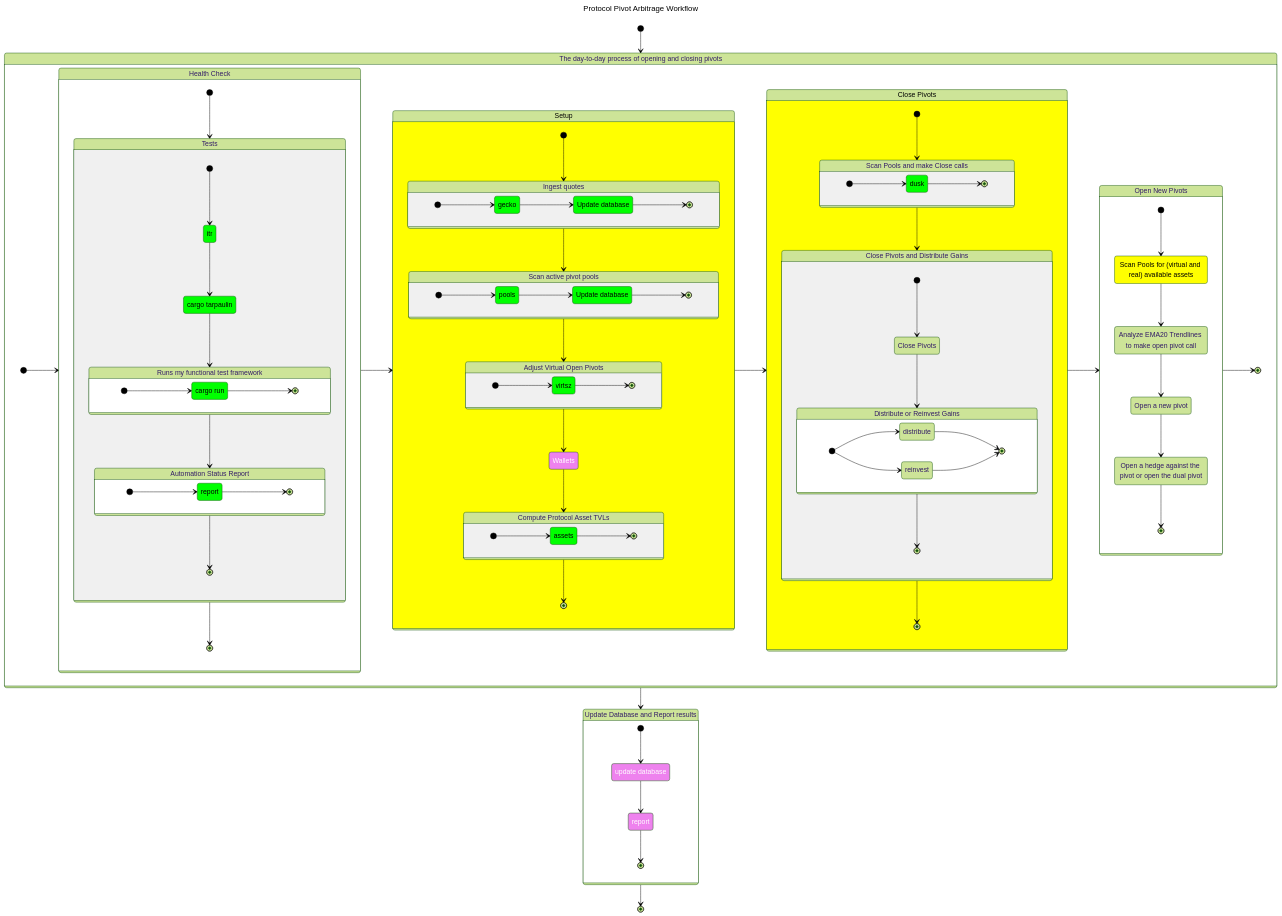
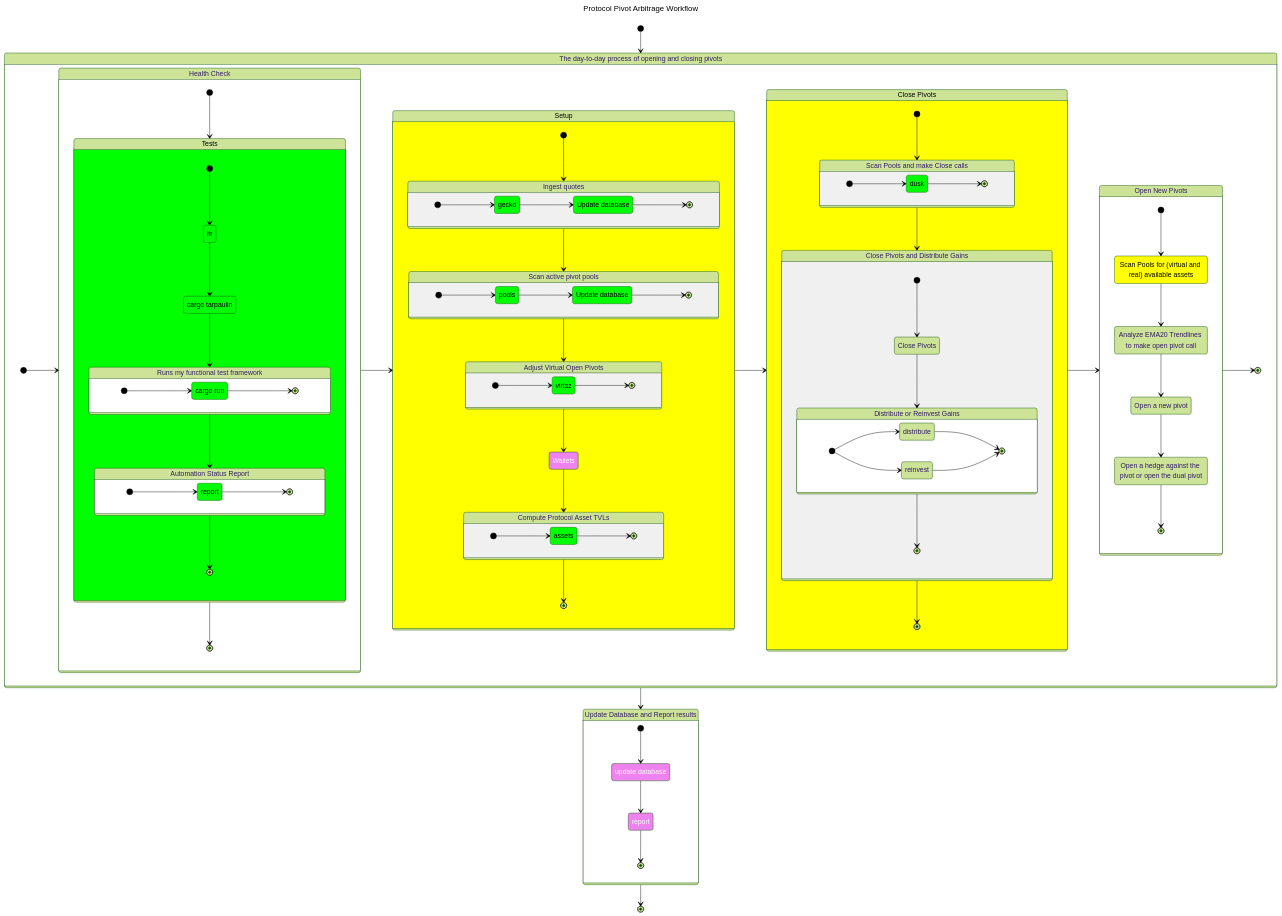
Before and after one commit to pivoteur/protocol: the diagram in dapps/README.md, drawn with Mermaid (forest theme).

Commit message:
Added integration state

```diff
--- a/dapps/README.md
+++ b/dapps/README.md
@@ -21,6 +21,7 @@
    class pools inUse
 
    class Tests isUse
+   class Integration inUse
    class Setup wip
    class Closes wip
    class WorkFlow wip
```
